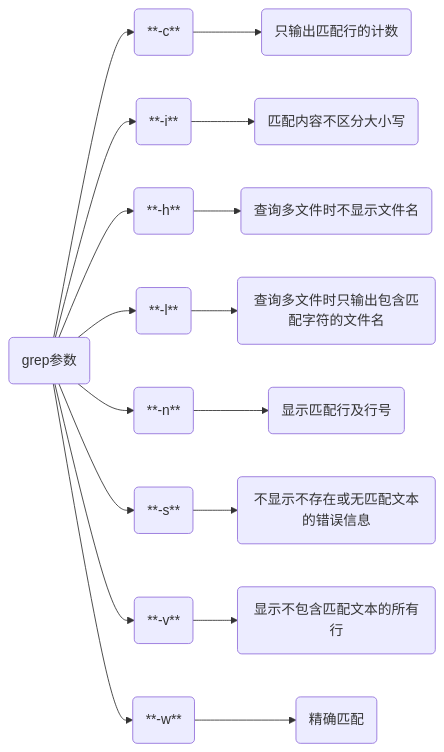
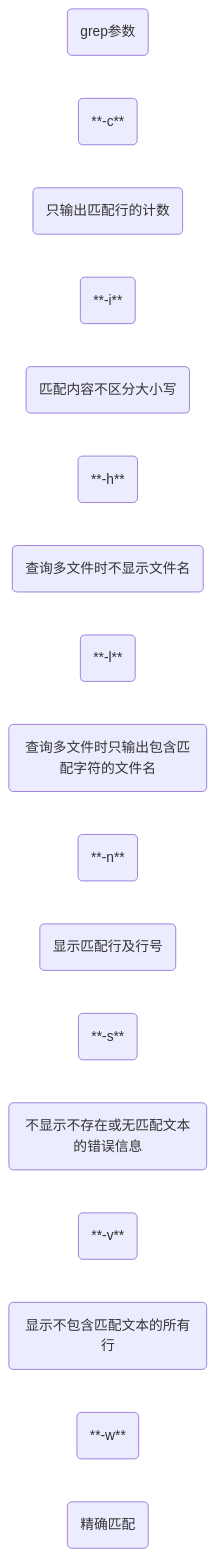
One commit to dmjcb/SelfBlog changed the first of 2 diagrams in OS/Linux/指令/2024-09-24-awk_grep_sed.md. Above: the diagram before and after it, drawn with Mermaid. The commit also changed other lines of this file and 224 other files, not shown here.

````diff
--- a/OS/Linux/指令/2024-09-24-awk_grep_sed.md
+++ b/OS/Linux/指令/2024-09-24-awk_grep_sed.md
@@ -39,44 +39,28 @@
 ```mermaid
 graph LR;
     F(grep参数)
 
     c(**-c**)
     c1(只输出匹配行的计数)
-    F-->c
-    c-->c1
 
     i(**-i**)
     i1(匹配内容不区分大小写)
-    F-->i
-    i-->i1
 
     h(**-h**)
     h1(查询多文件时不显示文件名)
-    F-->h
-    h-->h1
 
     l(**-l**)
     l1(查询多文件时只输出包含匹配字符的文件名)
-    F-->l
-    l-->l1
 
     n(**-n**)
     n1(显示匹配行及行号)
-    F-->n
-    n-->n1
 
     s(**-s**)
     s1(不显示不存在或无匹配文本的错误信息)
-    F-->s
-    s-->s1
 
     v(**-v**)
     v1(显示不包含匹配文本的所有行)
-    F-->v
-    v-->v1
 
     w(**-w**)
     w1(精确匹配)
-    F-->w
-    w-->w1
 ```
````
